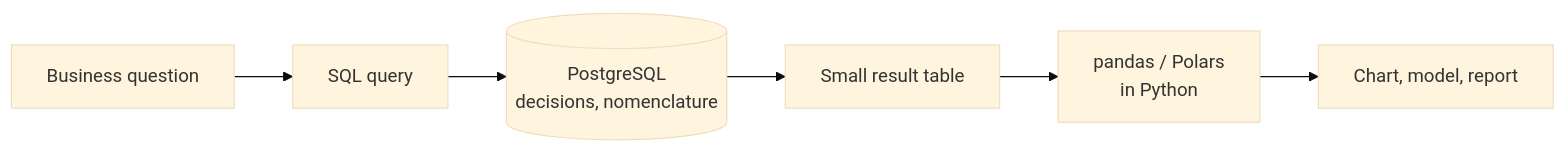
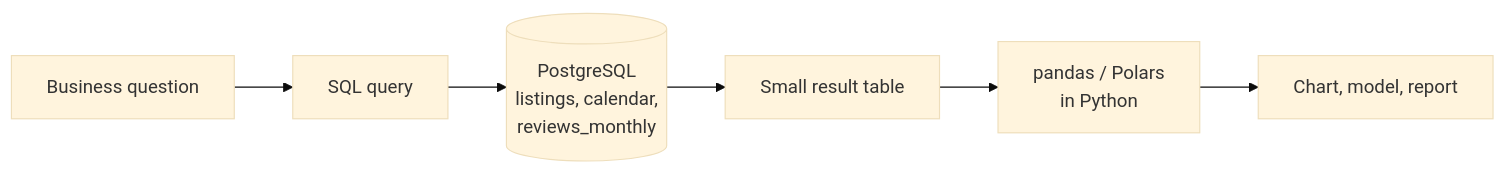
One commit to khoadaniel/statistical-programming-mpmd-htw-ws-2026 changed the first of 3 diagrams in sessions/03-sql-and-polars/theory/01-relational-model-and-sql.md. Above: the diagram before and after it, drawn with Mermaid (base theme). The commit also changed other lines of this file and 160 other files, not shown here.

````diff
--- a/sessions/03-sql-and-polars/theory/01-relational-model-and-sql.md
+++ b/sessions/03-sql-and-polars/theory/01-relational-model-and-sql.md
@@ -5,8 +7,8 @@
 ```mermaid
 flowchart LR
     Q["Business question"] --> S["SQL query"]
-    S --> DB[("PostgreSQL<br/>decisions, nomenclature")]
+    S --> DB[("PostgreSQL<br/>listings, calendar,<br/>reviews_monthly")]
     DB --> R["Small result table"]
     R --> P["pandas / Polars<br/>in Python"]
     P --> A["Chart, model, report"]
 ```
````
